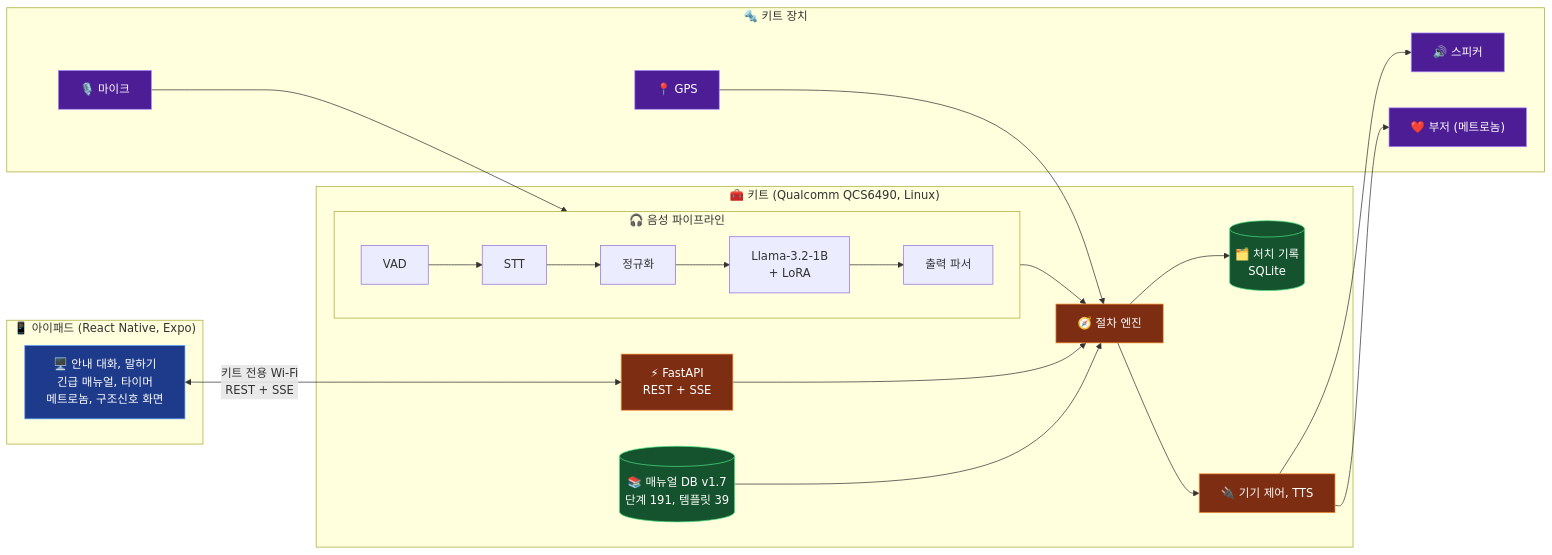
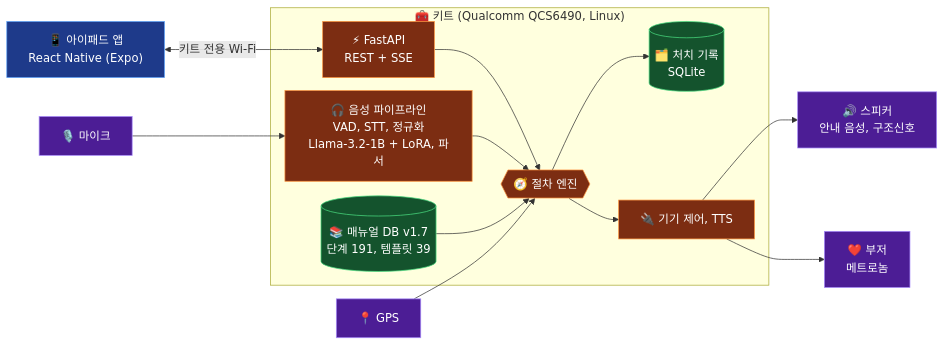
The second of 6 diagrams in profile/README.md (savedream/.github), drawn with Mermaid before and after one commit. The commit also changed other lines of this file, not shown here.

Commit message:
chore : 조직 프로필 다이어그램과 표를 가로형으로 바꾸기

````diff
--- a/profile/README.md
+++ b/profile/README.md
@@ -138,45 +141,39 @@
 ```mermaid
+%%{init: {"flowchart": {"rankSpacing": 40, "nodeSpacing": 18}}}%%
 flowchart LR
-    subgraph IPAD["📱 아이패드 (React Native, Expo)"]
-        UI["🖥️ 안내 대화, 말하기<br/>긴급 매뉴얼, 타이머<br/>메트로놈, 구조신호 화면"]
-    end
+    UI["📱 아이패드 앱<br/>React Native (Expo)"]
+    MIC["🎙️ 마이크"]
+    GPS["📍 GPS"]
 
     subgraph KIT["🧰 키트 (Qualcomm QCS6490, Linux)"]
         API["⚡ FastAPI<br/>REST + SSE"]
-        subgraph VOICE["🎧 음성 파이프라인"]
-            direction LR
-            VAD["VAD"] --> STT["STT"] --> NORM["정규화"] --> LLM["Llama-3.2-1B<br/>+ LoRA"] --> PARSE["출력 파서"]
-        end
-        ENGINE["🧭 절차 엔진"]
+        VOICE["🎧 음성 파이프라인<br/>VAD, STT, 정규화<br/>Llama-3.2-1B + LoRA, 파서"]
         DB[("📚 매뉴얼 DB v1.7<br/>단계 191, 템플릿 39")]
+        ENGINE{{"🧭 절차 엔진"}}
         REC[("🗂️ 처치 기록<br/>SQLite")]
         DEV["🔌 기기 제어, TTS"]
     end
 
-    subgraph HW["🔩 키트 장치"]
-        MIC["🎙️ 마이크"]
-        SPK["🔊 스피커"]
-        BZ["❤️ 부저 (메트로놈)"]
-        GPS["📍 GPS"]
-    end
+    SPK["🔊 스피커<br/>안내 음성, 구조신호"]
+    BZ["❤️ 부저<br/>메트로놈"]
 
-    UI <-->|"키트 전용 Wi-Fi<br/>REST + SSE"| API
-    MIC --> VAD
-    PARSE --> ENGINE
+    UI <-->|"키트 전용 Wi-Fi"| API
+    MIC --> VOICE
     API --> ENGINE
+    VOICE --> ENGINE
     DB --> ENGINE
+    GPS --> ENGINE
     ENGINE --> REC
     ENGINE --> DEV
     DEV --> SPK
     DEV --> BZ
-    GPS --> ENGINE
 
-    classDef ipad fill:#1e3a8a,stroke:#60a5fa,color:#fff
+    classDef ext fill:#1e3a8a,stroke:#60a5fa,color:#fff
     classDef core fill:#7c2d12,stroke:#fb923c,color:#fff
     classDef data fill:#14532d,stroke:#4ade80,color:#fff
     classDef hw fill:#4c1d95,stroke:#a78bfa,color:#fff
-    class UI ipad
-    class API,ENGINE,DEV core
+    class UI ext
+    class API,VOICE,ENGINE,DEV core
     class DB,REC data
-    class MIC,SPK,BZ,GPS hw
+    class MIC,GPS,SPK,BZ hw
 ```
````
